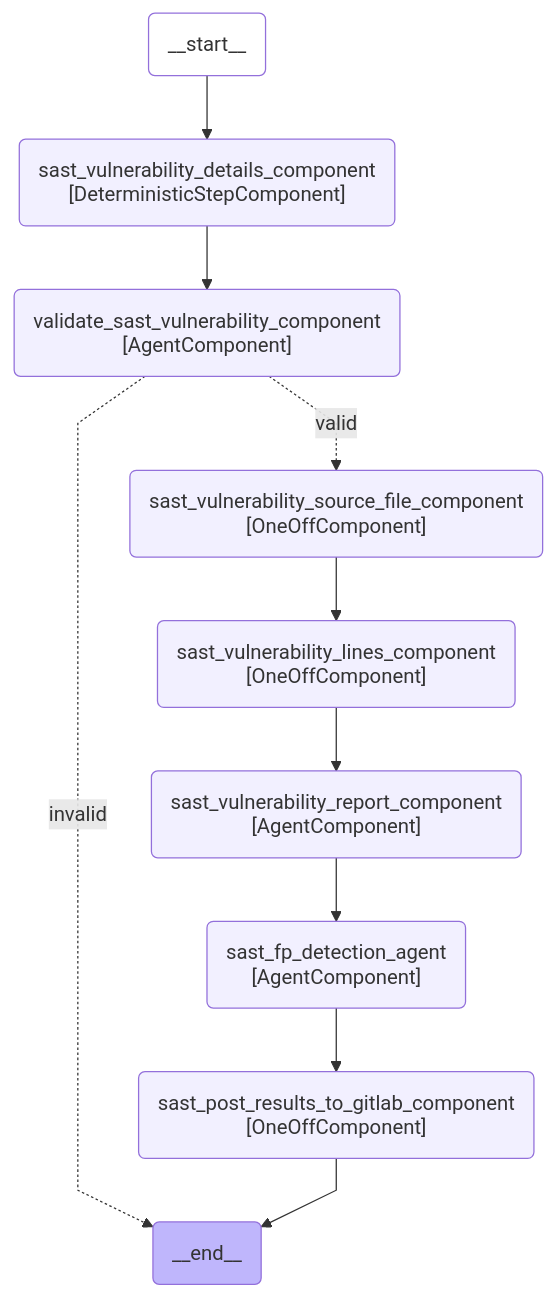
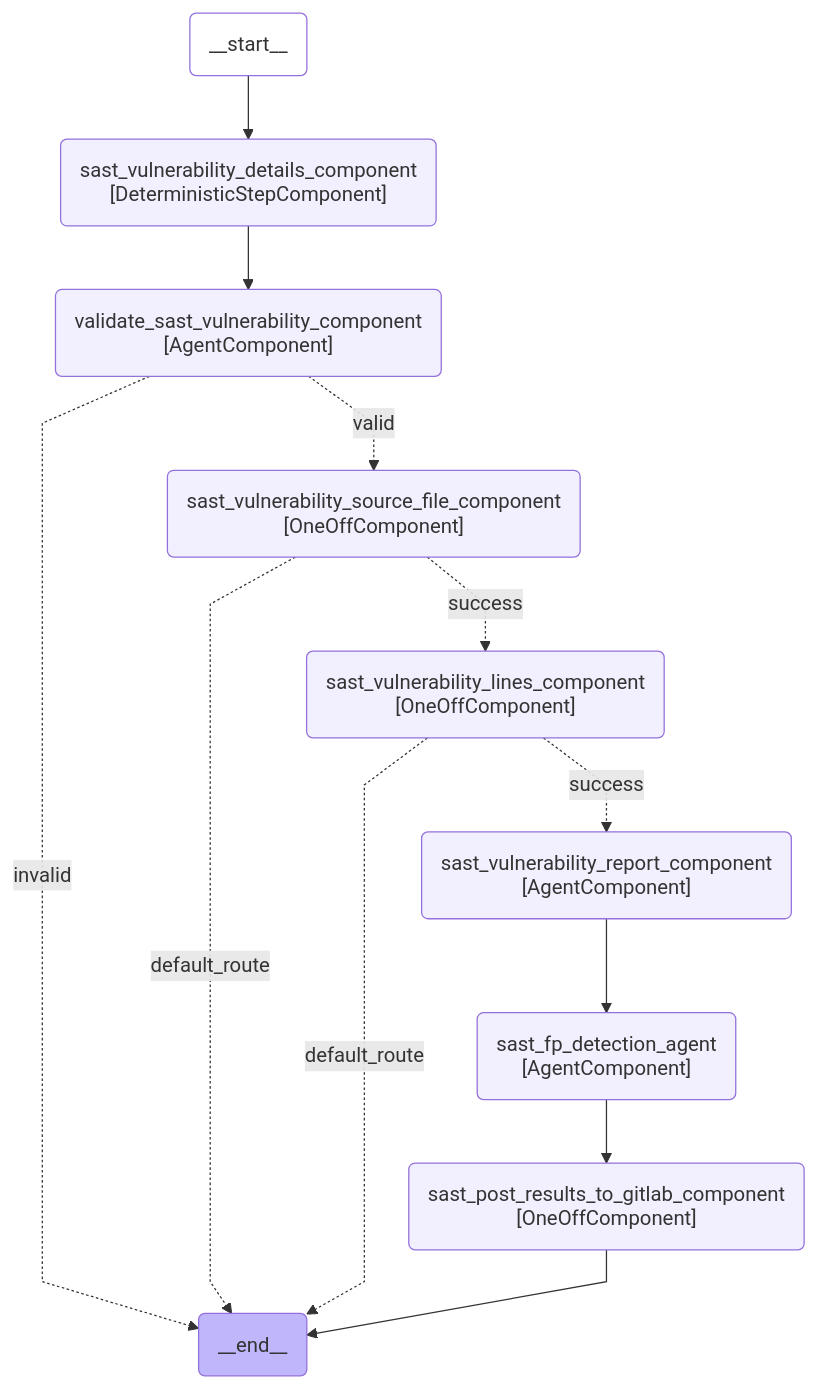
Diagram 22 of 23 in docs/duo_workflow_service_graphs.md (movax01h/ai-gateway), drawn with Mermaid before and after one commit. The commit also changed other lines of this file and 3 other files, not shown here.

Commit message:
fix(security-flows): gate OneOff failures to prevent KeyError downstream

````diff
--- a/docs/duo_workflow_service_graphs.md
+++ b/docs/duo_workflow_service_graphs.md
@@ -643,29 +645,31 @@
 ```mermaid
 ---
 config:
     flowchart:
         curve: linear
 ---
 graph TD;
     __start__(__start__):::first;
     __end__(__end__):::last;
     __start__ --> sast_vulnerability_details_component;
     sast_vulnerability_details_component(sast_vulnerability_details_component<br>#91;DeterministicStepComponent#93;);
     validate_sast_vulnerability_component(validate_sast_vulnerability_component<br>#91;AgentComponent#93;);
     sast_vulnerability_source_file_component(sast_vulnerability_source_file_component<br>#91;OneOffComponent#93;);
     sast_vulnerability_lines_component(sast_vulnerability_lines_component<br>#91;OneOffComponent#93;);
     sast_vulnerability_report_component(sast_vulnerability_report_component<br>#91;AgentComponent#93;);
     sast_fp_detection_agent(sast_fp_detection_agent<br>#91;AgentComponent#93;);
     sast_post_results_to_gitlab_component(sast_post_results_to_gitlab_component<br>#91;OneOffComponent#93;);
     sast_vulnerability_details_component --> validate_sast_vulnerability_component;
     validate_sast_vulnerability_component -.->|valid| sast_vulnerability_source_file_component;
     validate_sast_vulnerability_component -.->|invalid| __end__;
-    sast_vulnerability_source_file_component --> sast_vulnerability_lines_component;
-    sast_vulnerability_lines_component --> sast_vulnerability_report_component;
+    sast_vulnerability_source_file_component -.->|success| sast_vulnerability_lines_component;
+    sast_vulnerability_source_file_component -.->|default_route| __end__;
+    sast_vulnerability_lines_component -.->|success| sast_vulnerability_report_component;
+    sast_vulnerability_lines_component -.->|default_route| __end__;
     sast_vulnerability_report_component --> sast_fp_detection_agent;
     sast_fp_detection_agent --> sast_post_results_to_gitlab_component;
     sast_post_results_to_gitlab_component --> __end__;
     classDef default fill:#f2f0ff,line-height:1.2;
     classDef first fill-opacity:0;
     classDef last fill:#bfb6fc;
 ```
````
